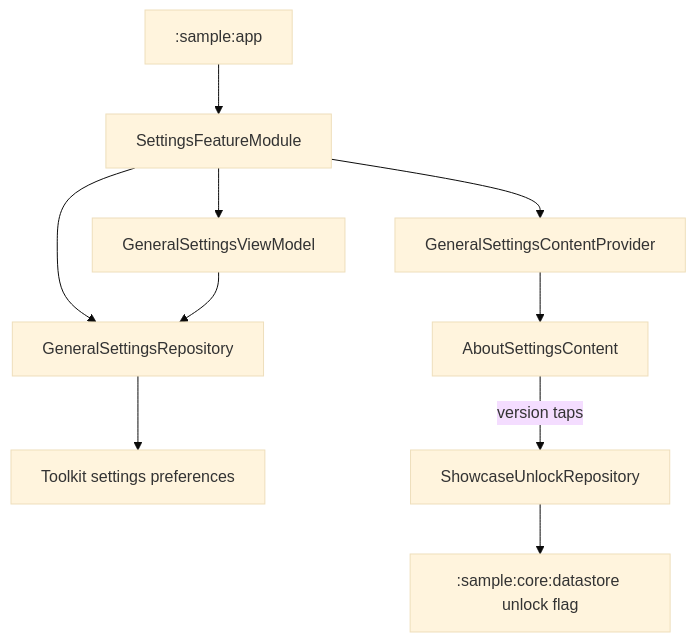
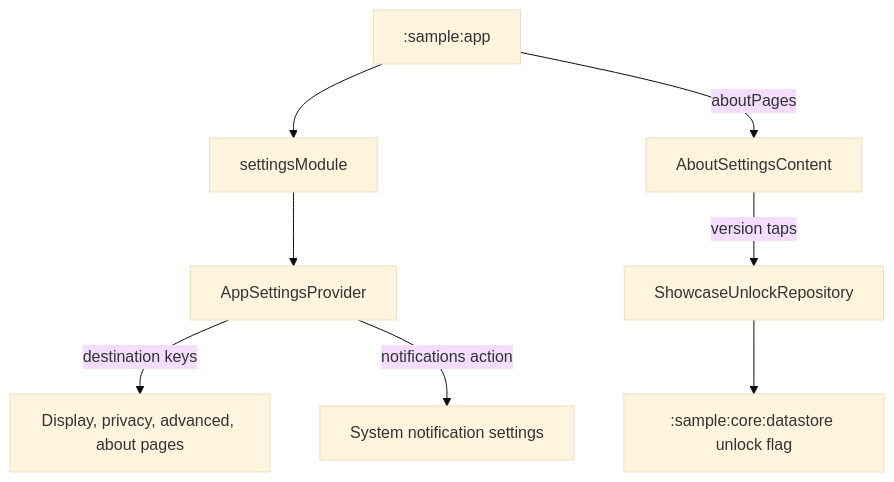
The diagram in sample/feature/settings/README.md (MihaiCristianCondrea/App-Toolkit-for-Android), drawn with Mermaid (base theme) before and after one commit. The commit also changed other lines of this file and 84 other files, not shown here.

````diff
--- a/sample/feature/settings/README.md
+++ b/sample/feature/settings/README.md
@@ -39,12 +41,10 @@
 ```mermaid
 flowchart TD
-    App[":sample:app"] --> Module[SettingsFeatureModule]
-    Module --> Repo[GeneralSettingsRepository]
-    Module --> VM[GeneralSettingsViewModel]
-    Module --> Provider[GeneralSettingsContentProvider]
-    VM --> Repo
-    Repo --> Toolkit[Toolkit settings preferences]
-    Provider --> About[AboutSettingsContent]
+    App[":sample:app"] --> Module[settingsModule]
+    Module --> Rows[AppSettingsProvider]
+    Rows -->|destination keys| Pages[Display, privacy, advanced, about pages]
+    Rows -->|notifications action| System[System notification settings]
+    App -->|aboutPages| About[AboutSettingsContent]
     About -->|version taps| Unlock[ShowcaseUnlockRepository]
     Unlock --> Store[":sample:core:datastore" unlock flag]
 ```
````
